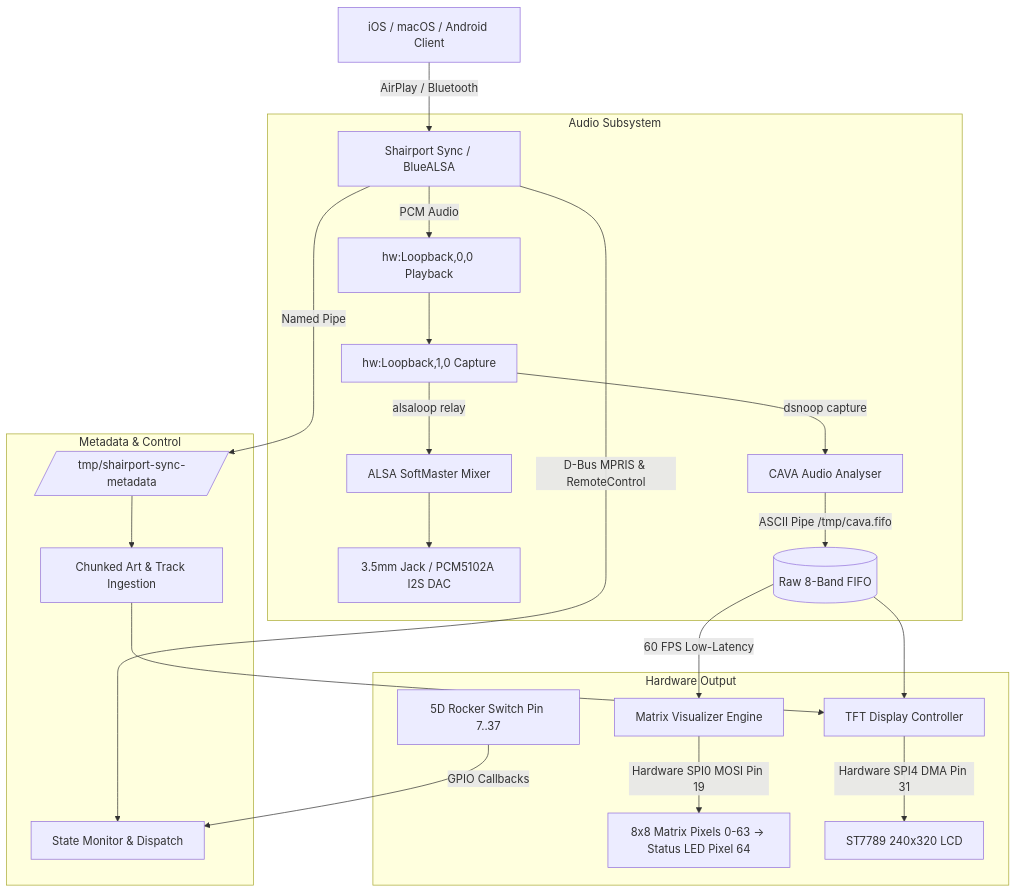
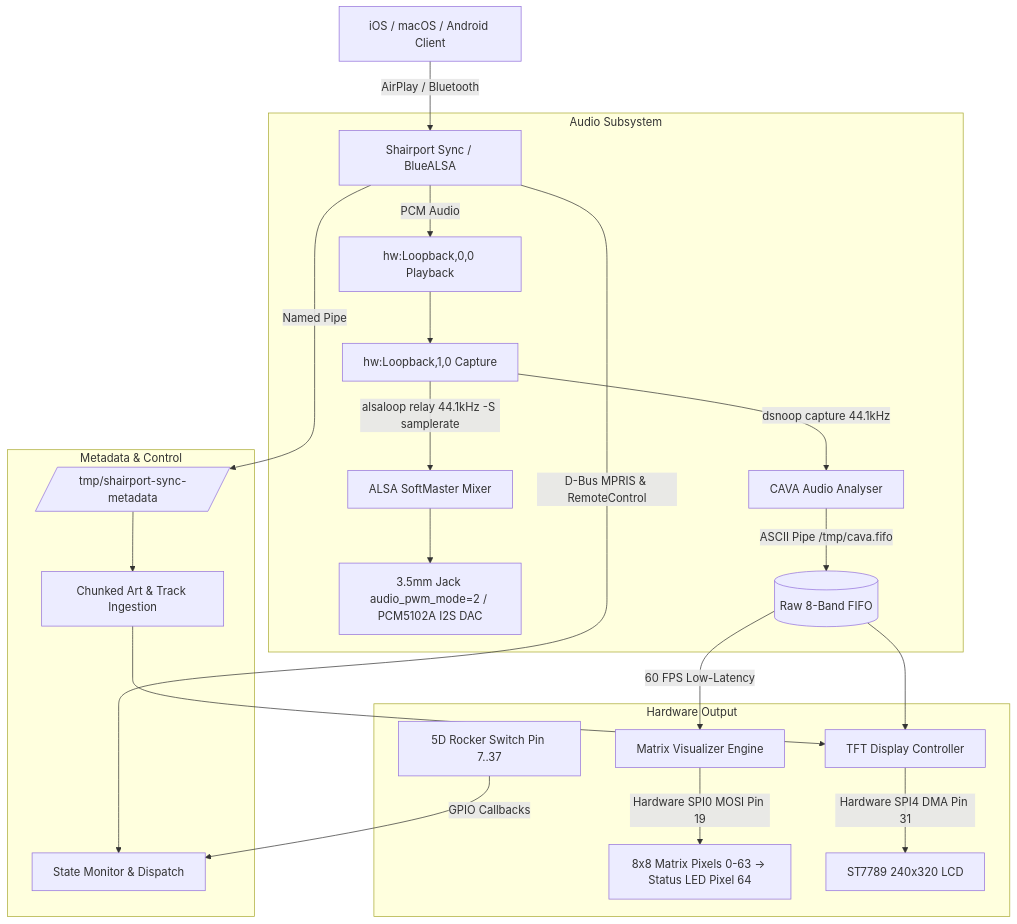
The diagram in DOCUMENTATION.md (Sandeep271958/The_Airplay_Device), drawn with Mermaid before and after one commit. The commit also changed other lines of this file and 8 other files, not shown here.

````diff
--- a/DOCUMENTATION.md
+++ b/DOCUMENTATION.md
@@ -20,30 +20,30 @@
 ```mermaid
 graph TD
     Client[iOS / macOS / Android Client] -->|AirPlay / Bluetooth| Receiver[Shairport Sync / BlueALSA]
     
     subgraph Audio Subsystem
         Receiver -->|PCM Audio| LoopbackIn[hw:Loopback,0,0 Playback]
         LoopbackIn --> LoopbackOut[hw:Loopback,1,0 Capture]
-        LoopbackOut -->|alsaloop relay| SoftMaster[ALSA SoftMaster Mixer]
-        SoftMaster --> DAC[3.5mm Jack / PCM5102A I2S DAC]
-        LoopbackOut -->|dsnoop capture| CAVA[CAVA Audio Analyser]
+        LoopbackOut -->|alsaloop relay 44.1kHz -S samplerate| SoftMaster[ALSA SoftMaster Mixer]
+        SoftMaster --> DAC[3.5mm Jack audio_pwm_mode=2 / PCM5102A I2S DAC]
+        LoopbackOut -->|dsnoop capture 44.1kHz| CAVA[CAVA Audio Analyser]
         CAVA -->|ASCII Pipe /tmp/cava.fifo| FIFO[(Raw 8-Band FIFO)]
     end
 
     subgraph Metadata & Control
         Receiver -->|D-Bus MPRIS & RemoteControl| DBusState[State Monitor & Dispatch]
         Receiver -->|Named Pipe| MetaPipe[/tmp/shairport-sync-metadata/]
         MetaPipe --> Ingest[Chunked Art & Track Ingestion]
     end
 
     subgraph Hardware Output
         FIFO -->|60 FPS Low-Latency| MatrixEngine[Matrix Visualizer Engine]
         MatrixEngine -->|Hardware SPI0 MOSI Pin 19| LEDs[8x8 Matrix Pixels 0-63 -> Status LED Pixel 64]
         
         Ingest --> DisplayEngine[TFT Display Controller]
         FIFO --> DisplayEngine
         DisplayEngine -->|Hardware SPI4 DMA Pin 31| TFT[ST7789 240x320 LCD]
         
         Rocker[5D Rocker Switch Pin 7..37] -->|GPIO Callbacks| DBusState
     end
 ```
````
